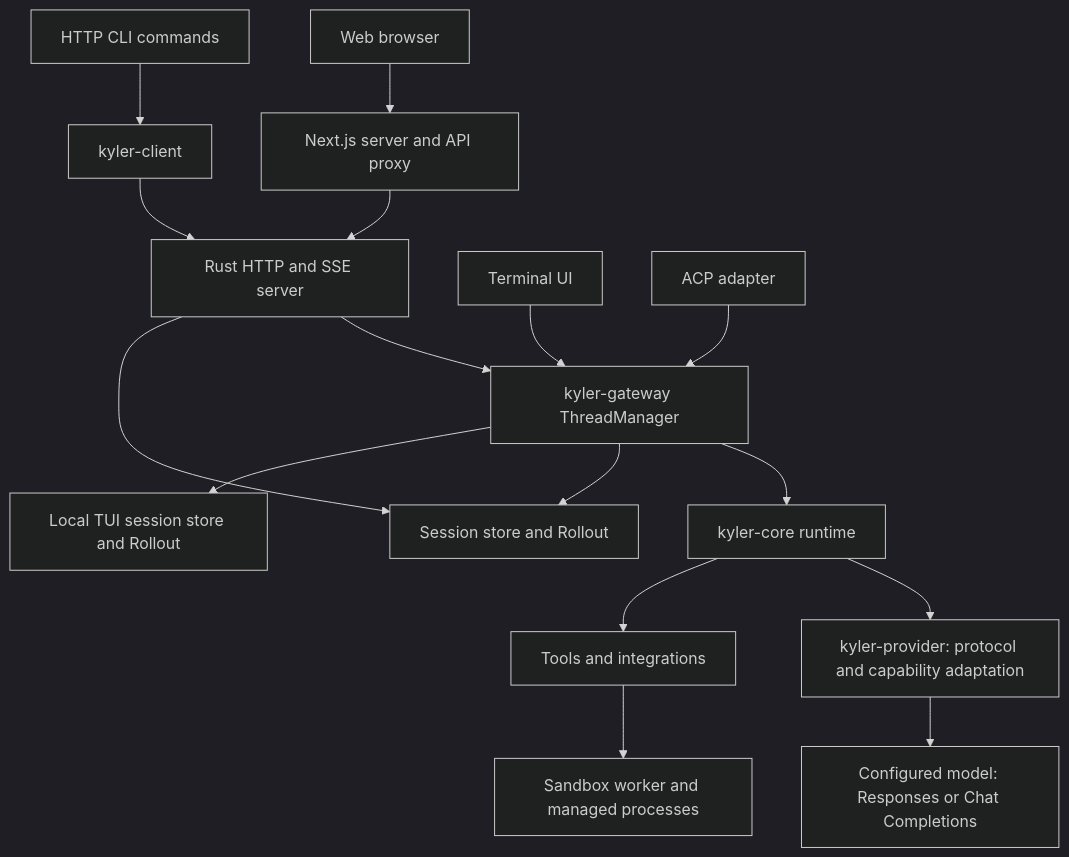
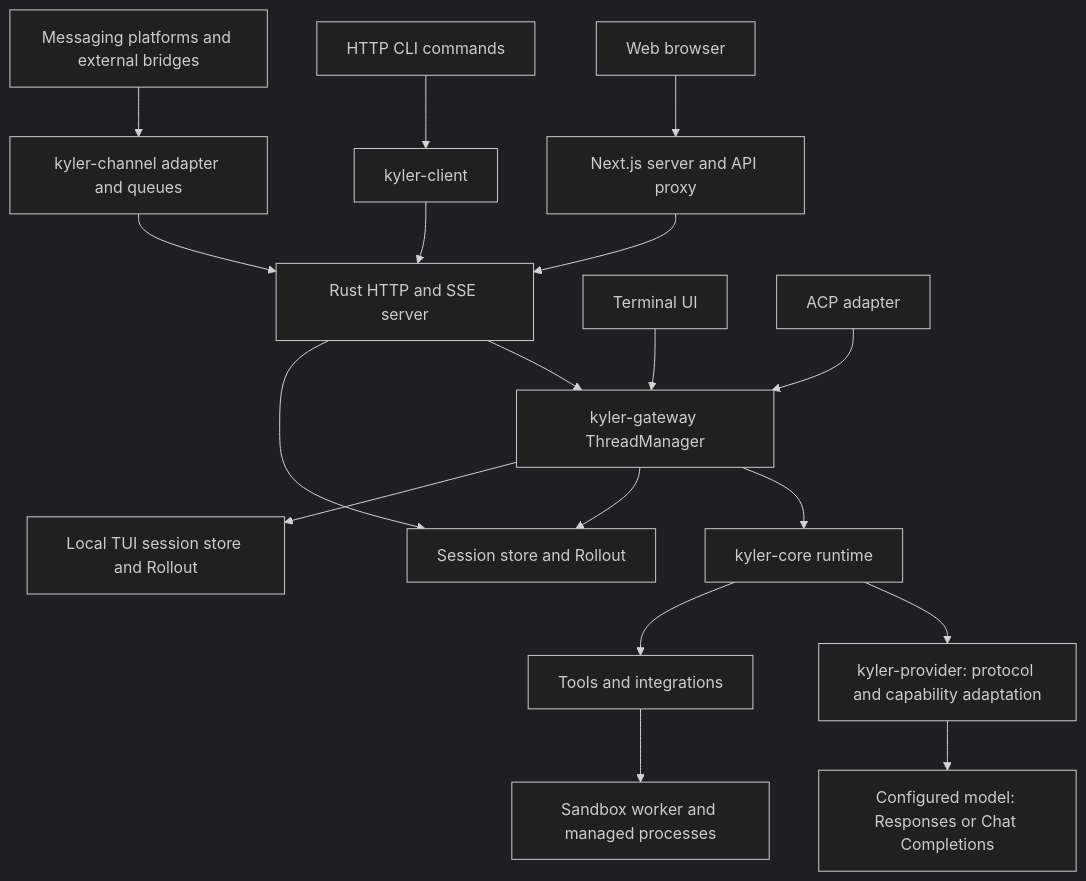
The diagram in docs/architecture.md (yeskyler/Kyler), drawn with Mermaid (dark theme) before and after one commit. The commit also changed other lines of this file and 60 other files, not shown here.

````diff
--- a/docs/architecture.md
+++ b/docs/architecture.md
@@ -12,19 +16,21 @@
 ```mermaid
 flowchart TD
     Browser[Web browser] --> Next[Next.js server and API proxy]
     Next --> Server[Rust HTTP and SSE server]
     CLI[HTTP CLI commands] --> Client[kyler-client]
     TUI[Terminal UI] --> Threads[kyler-gateway ThreadManager]
     ACP[ACP adapter] --> Threads
     Threads --> Runtime
     Client --> Server
+    Messaging[Messaging platforms and external bridges] --> Channel[kyler-channel adapter and queues]
+    Channel --> Server
     Server --> Threads
     Runtime[kyler-core runtime]
     Runtime --> Provider[kyler-provider: protocol and capability adaptation]
     Provider --> Model[Configured model: Responses or Chat Completions]
     Runtime --> Tools[Tools and integrations]
     Tools --> Worker[Sandbox worker and managed processes]
     Server --> Store[Session store and Rollout]
     Threads --> Store
     Threads --> LocalStore[Local TUI session store and Rollout]
 ```
````
